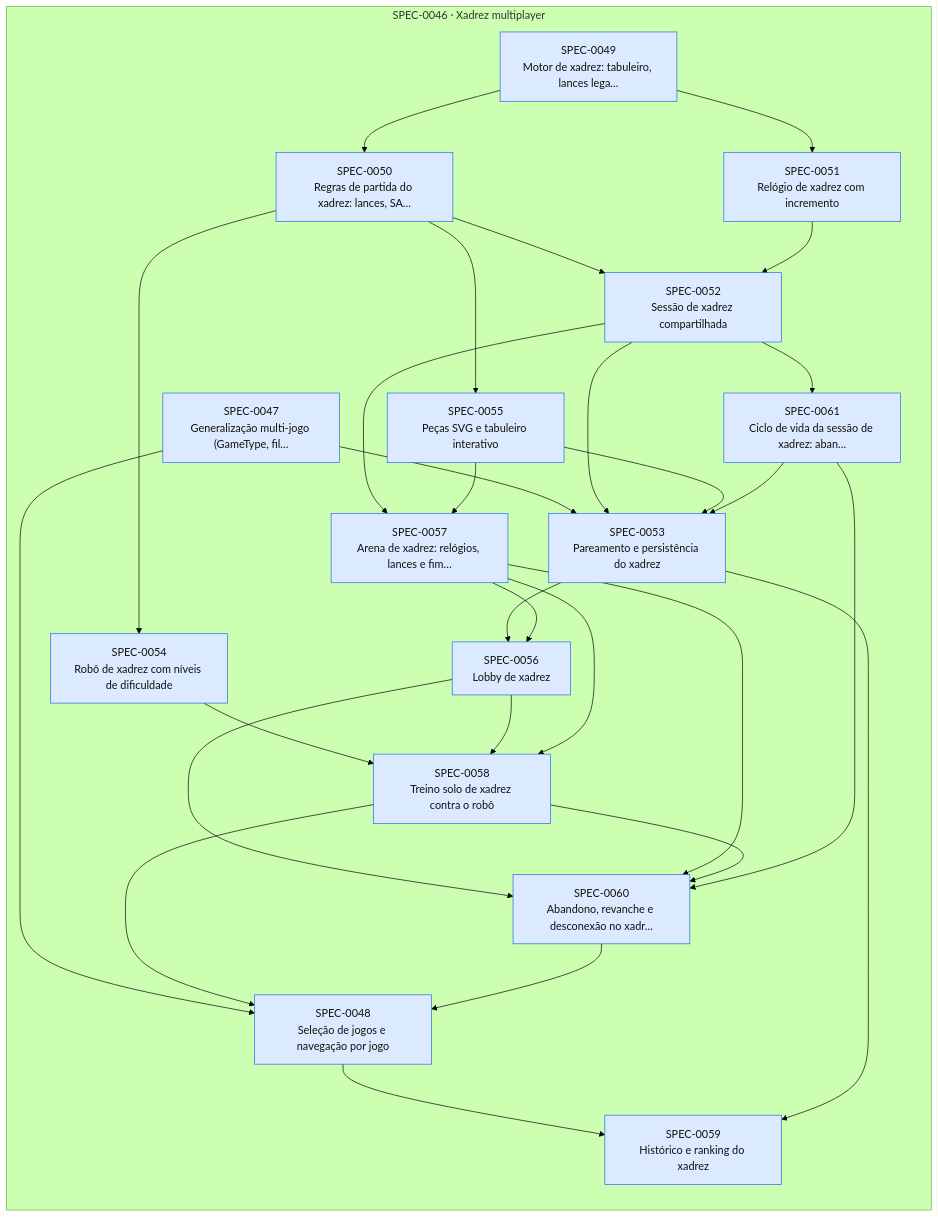
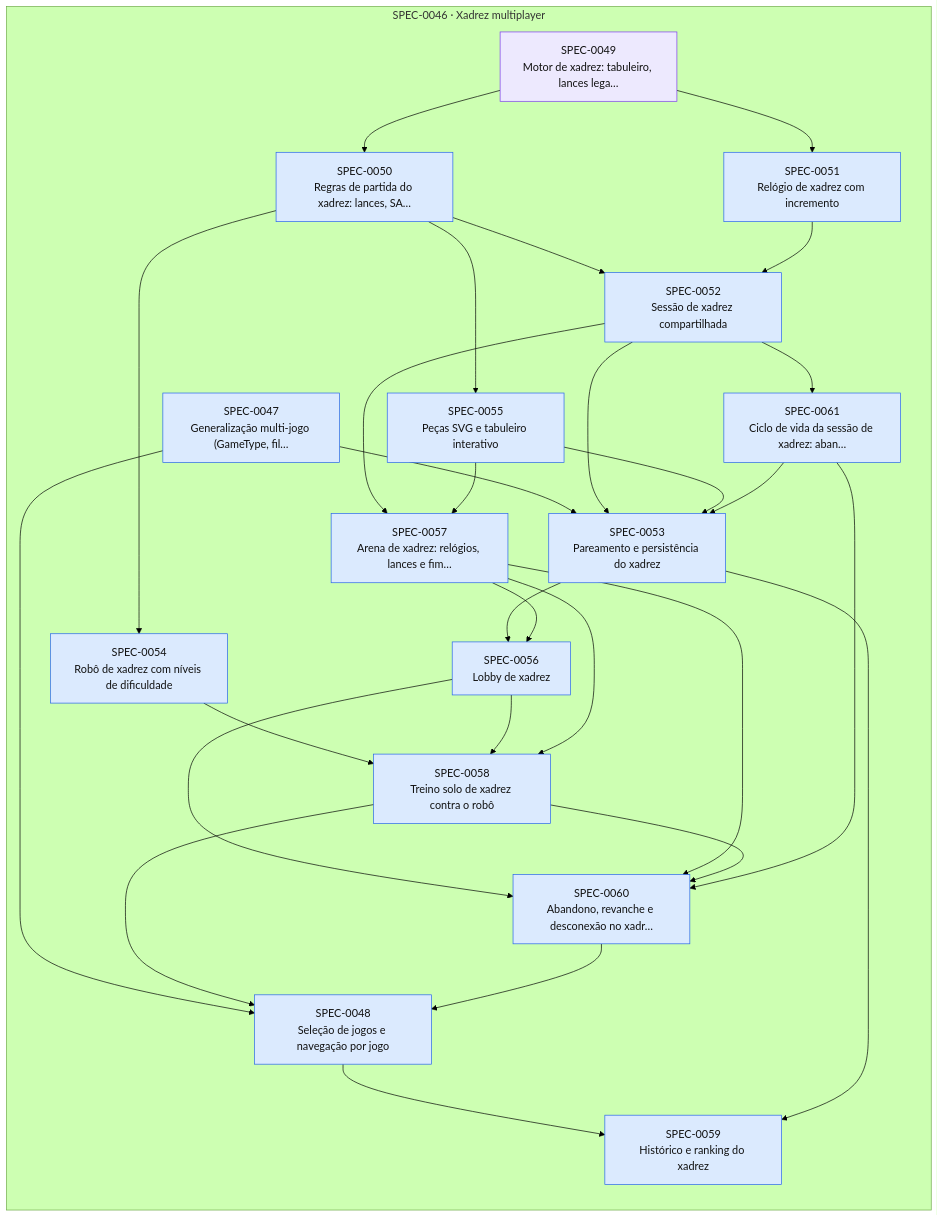
Before and after one commit to thomasravache/jogo-da-velha-multiplayer: the diagram in docs/specs/INDEX.md, drawn with Mermaid (forest theme). The commit also changed other lines of this file and 1 other file, not shown here.

First line of the commit message:
docs(specs): registrar gates G1-G4 da SPEC-0049

````diff
--- a/docs/specs/INDEX.md
+++ b/docs/specs/INDEX.md
@@ -51,52 +51,52 @@
 ```mermaid
 flowchart LR
   subgraph E0046["SPEC-0046 · Xadrez multiplayer"]
     S0047["SPEC-0047<br/>Generalização multi-jogo (GameType, fil…"]:::approved
     S0048["SPEC-0048<br/>Seleção de jogos e navegação por jogo"]:::approved
-    S0049["SPEC-0049<br/>Motor de xadrez: tabuleiro, lances lega…"]:::approved
+    S0049["SPEC-0049<br/>Motor de xadrez: tabuleiro, lances lega…"]:::inprogress
     S0050["SPEC-0050<br/>Regras de partida do xadrez: lances, SA…"]:::approved
     S0051["SPEC-0051<br/>Relógio de xadrez com incremento"]:::approved
     S0052["SPEC-0052<br/>Sessão de xadrez compartilhada"]:::approved
     S0053["SPEC-0053<br/>Pareamento e persistência do xadrez"]:::approved
     S0054["SPEC-0054<br/>Robô de xadrez com níveis de dificuldade"]:::approved
     S0055["SPEC-0055<br/>Peças SVG e tabuleiro interativo"]:::approved
     S0056["SPEC-0056<br/>Lobby de xadrez"]:::approved
     S0057["SPEC-0057<br/>Arena de xadrez: relógios, lances e fim…"]:::approved
     S0058["SPEC-0058<br/>Treino solo de xadrez contra o robô"]:::approved
     S0059["SPEC-0059<br/>Histórico e ranking do xadrez"]:::approved
     S0060["SPEC-0060<br/>Abandono, revanche e desconexão no xadr…"]:::approved
     S0061["SPEC-0061<br/>Ciclo de vida da sessão de xadrez: aban…"]:::approved
   end
   S0047 --> S0048
   S0058 --> S0048
   S0060 --> S0048
   S0049 --> S0050
   S0049 --> S0051
   S0050 --> S0052
   S0051 --> S0052
   S0047 --> S0053
   S0052 --> S0053
   S0055 --> S0053
   S0061 --> S0053
   S0050 --> S0054
   S0050 --> S0055
   S0053 --> S0056
   S0057 --> S0056
   S0052 --> S0057
   S0055 --> S0057
   S0054 --> S0058
   S0056 --> S0058
   S0057 --> S0058
   S0048 --> S0059
   S0053 --> S0059
   S0056 --> S0060
   S0057 --> S0060
   S0058 --> S0060
   S0061 --> S0060
   S0052 --> S0061
   classDef proposed fill:#fef3c7,stroke:#d97706,color:#111
   classDef approved fill:#dbeafe,stroke:#2563eb,color:#111
   classDef inprogress fill:#ede9fe,stroke:#7c3aed,color:#111
   classDef implemented fill:#dcfce7,stroke:#16a34a,color:#111
   classDef deprecated fill:#f3f4f6,stroke:#9ca3af,color:#6b7280
 ```
````
